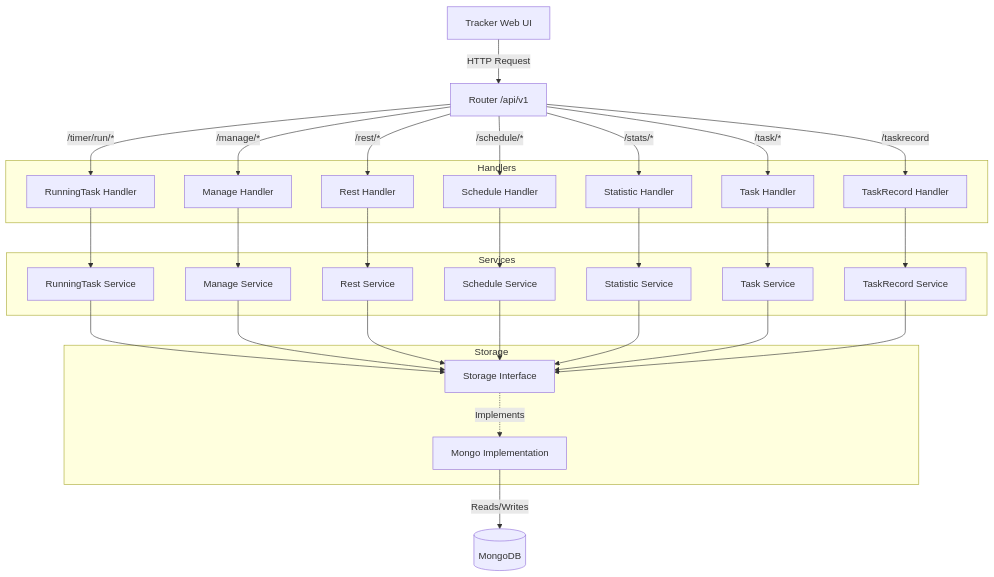
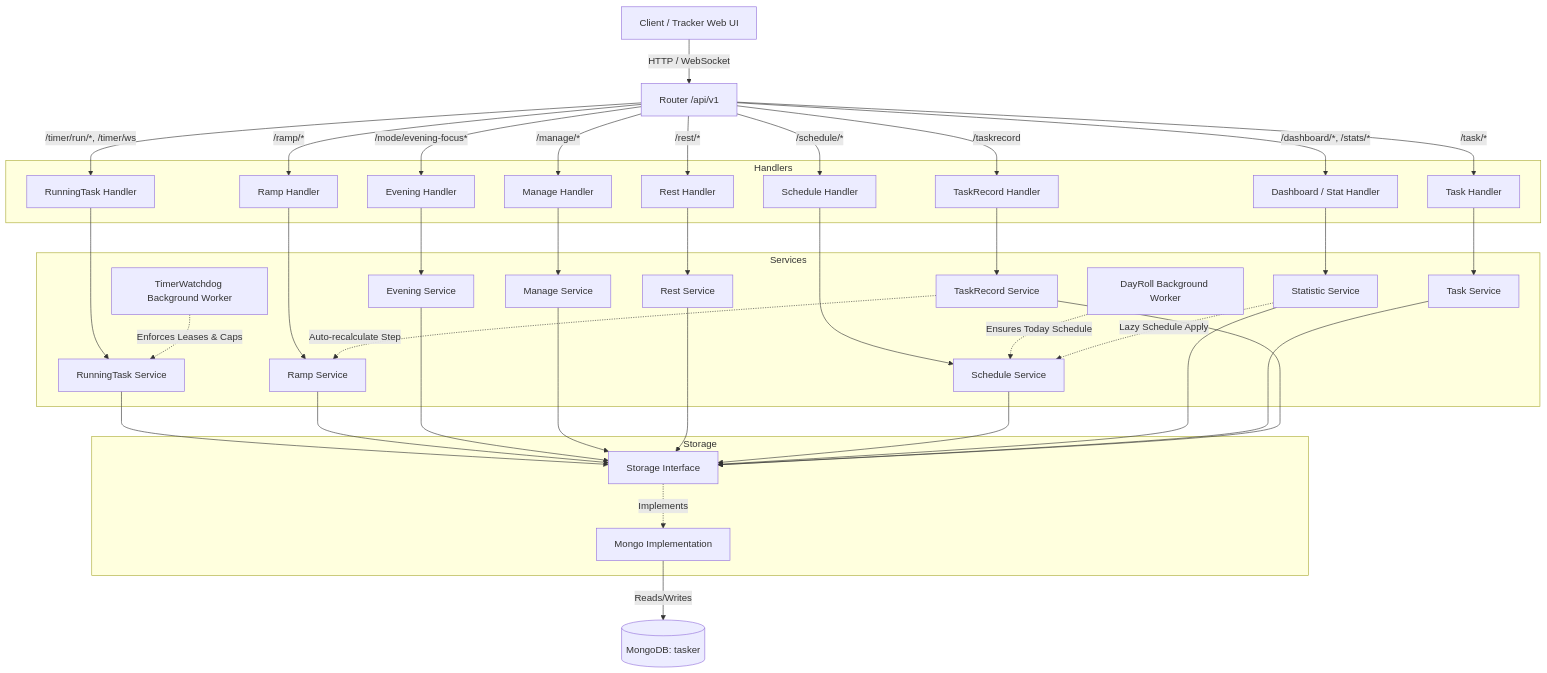
One commit to egormak/tracker-server changed the diagram in Readme.md. Above: the diagram before and after it, drawn with Mermaid. The commit also changed other lines of this file and 30 other files, not shown here.

Commit message:
feat: add background workers, WebSocket support, and ramp warm-up features with unit tests

````diff
--- a/Readme.md
+++ b/Readme.md
@@ -78,56 +94,73 @@
 ```mermaid
 graph TD
-    Client[Tracker Web UI] -->|HTTP Request| Router[Router /api/v1]
+    Client[Client / Tracker Web UI] -->|HTTP / WebSocket| Router[Router /api/v1]
     
     subgraph Handlers
+        H_Dash[Dashboard / Stat Handler]
         H_RunTask[RunningTask Handler]
+        H_Ramp[Ramp Handler]
+        H_Eve[Evening Handler]
         H_Manage[Manage Handler]
         H_Rest[Rest Handler]
         H_Sched[Schedule Handler]
-        H_Stat[Statistic Handler]
         H_Task[Task Handler]
         H_Rec[TaskRecord Handler]
     end
     
-    Router -->|/timer/run/*| H_RunTask
+    Router -->|/dashboard/*, /stats/*| H_Dash
+    Router -->|/timer/run/*, /timer/ws| H_RunTask
+    Router -->|/ramp/*| H_Ramp
+    Router -->|/mode/evening-focus*| H_Eve
     Router -->|/manage/*| H_Manage
     Router -->|/rest/*| H_Rest
     Router -->|/schedule/*| H_Sched
-    Router -->|/stats/*| H_Stat
     Router -->|/task/*| H_Task
     Router -->|/taskrecord| H_Rec
 
     subgraph Services
         S_RunTask[RunningTask Service]
+        S_Ramp[Ramp Service]
+        S_Eve[Evening Service]
         S_Manage[Manage Service]
         S_Rest[Rest Service]
         S_Sched[Schedule Service]
         S_Stat[Statistic Service]
         S_Task[Task Service]
         S_Rec[TaskRecord Service]
+        W_Watchdog[TimerWatchdog Background Worker]
+        W_DayRoll[DayRoll Background Worker]
     end
 
+    H_Dash --> S_Stat
     H_RunTask --> S_RunTask
+    H_Ramp --> S_Ramp
+    H_Eve --> S_Eve
     H_Manage --> S_Manage
     H_Rest --> S_Rest
     H_Sched --> S_Sched
-    H_Stat --> S_Stat
     H_Task --> S_Task
     H_Rec --> S_Rec
+
+    W_Watchdog -.->|Enforces Leases & Caps| S_RunTask
+    W_DayRoll -.->|Ensures Today Schedule| S_Sched
+    S_Rec -.->|Auto-recalculate Step| S_Ramp
+    S_Stat -.->|Lazy Schedule Apply| S_Sched
 
     subgraph Storage
         Store[Storage Interface]
         Mongo[Mongo Implementation]
     end
 
     S_RunTask --> Store
+    S_Ramp --> Store
+    S_Eve --> Store
     S_Manage --> Store
     S_Rest --> Store
     S_Sched --> Store
     S_Stat --> Store
     S_Task --> Store
     S_Rec --> Store
 
     Store -.->|Implements| Mongo
-    Mongo -->|Reads/Writes| DB[(MongoDB)]
+    Mongo -->|Reads/Writes| DB[(MongoDB: tasker)]
 ```
````
